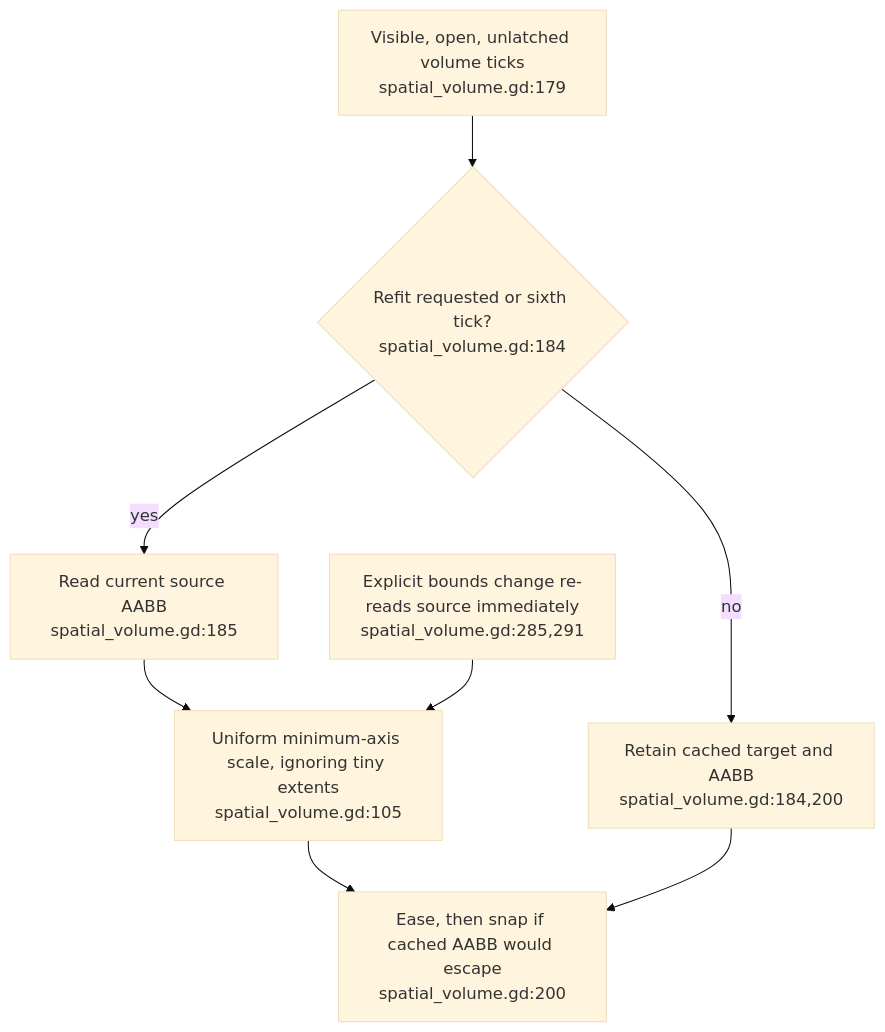
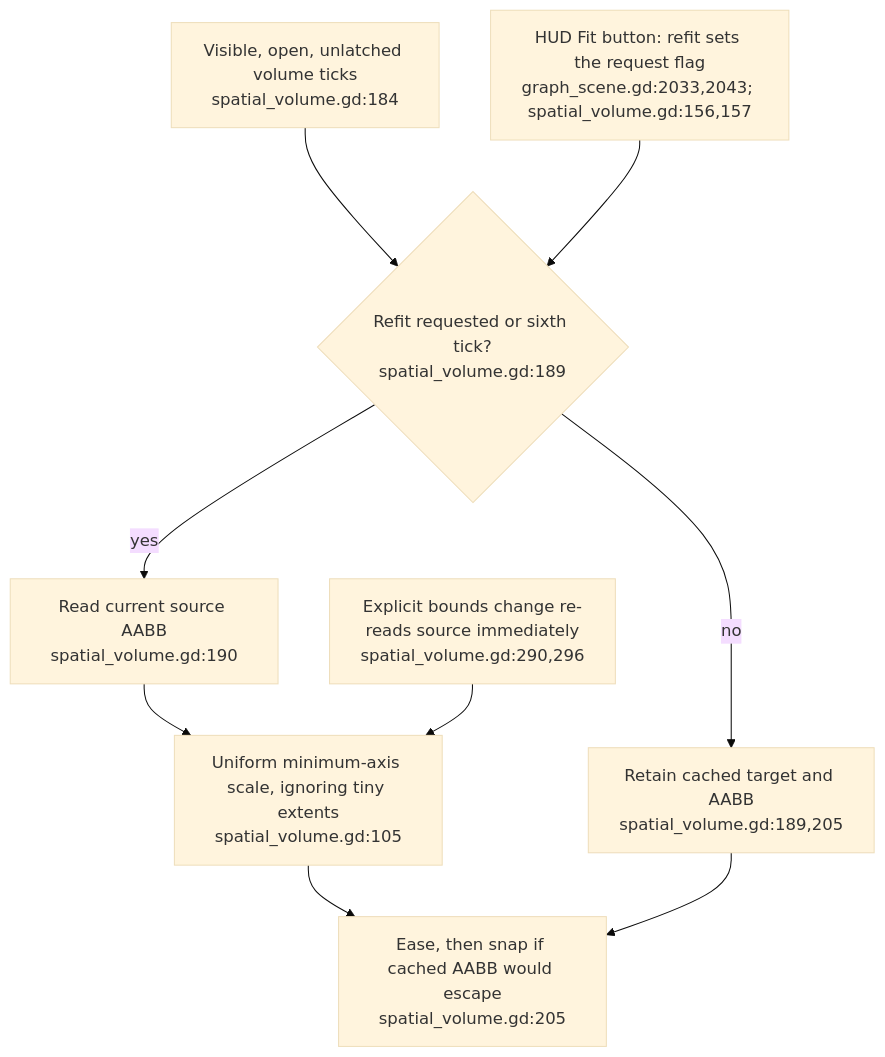
Before and after one commit to DreamLab-AI/VisionFlow: the second of 3 diagrams in docs/diagrams/visionclaw/46-spatial-volume-fit-and-link-budget.md, drawn with Mermaid (base theme). The commit also changed other lines of this file and 56 other files, not shown here.

First line of the commit message:
docs(diagrams): re-verify VisionClaw topics at ec785afa9, add VC-19/56/57 and the VisionClaw register

````diff
--- a/docs/diagrams/visionclaw/46-spatial-volume-fit-and-link-budget.md
+++ b/docs/diagrams/visionclaw/46-spatial-volume-fit-and-link-budget.md
@@ -49,10 +53,11 @@
 ```mermaid
 flowchart TD
-    TICK["Visible, open, unlatched volume ticks<br/>spatial_volume.gd:179"] --> DUE{"Refit requested or sixth tick?<br/>spatial_volume.gd:184"}
-    DUE -->|yes| READ["Read current source AABB<br/>spatial_volume.gd:185"]
+    TICK["Visible, open, unlatched volume ticks<br/>spatial_volume.gd:184"] --> DUE{"Refit requested or sixth tick?<br/>spatial_volume.gd:189"}
+    DUE -->|yes| READ["Read current source AABB<br/>spatial_volume.gd:190"]
     READ --> FIT["Uniform minimum-axis scale, ignoring tiny extents<br/>spatial_volume.gd:105"]
-    DUE -->|no| CACHE["Retain cached target and AABB<br/>spatial_volume.gd:184,200"]
-    FIT --> CHECK["Ease, then snap if cached AABB would escape<br/>spatial_volume.gd:200"]
+    DUE -->|no| CACHE["Retain cached target and AABB<br/>spatial_volume.gd:189,205"]
+    FIT --> CHECK["Ease, then snap if cached AABB would escape<br/>spatial_volume.gd:205"]
     CACHE --> CHECK
-    BOUNDS["Explicit bounds change re-reads source immediately<br/>spatial_volume.gd:285,291"] --> FIT
+    BOUNDS["Explicit bounds change re-reads source immediately<br/>spatial_volume.gd:290,296"] --> FIT
+    FITBTN["HUD Fit button: refit sets the request flag<br/>graph_scene.gd:2033,2043; spatial_volume.gd:156,157"] --> DUE
 ```
````
